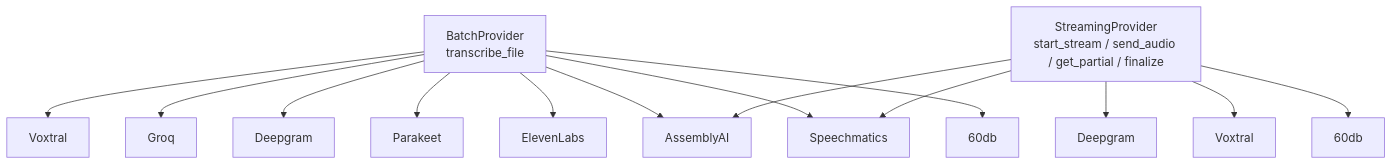
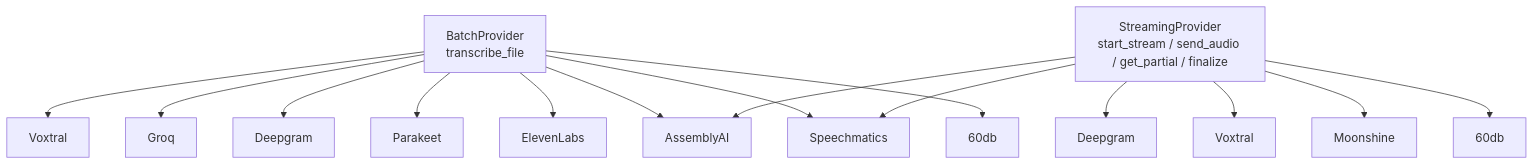
Before and after one commit to happytomatoe/fedora-speech-to-text: the third of 3 diagrams in docs/architecture.md, drawn with Mermaid. The commit also changed other lines of this file and 7 other files, not shown here.

````diff
--- a/docs/architecture.md
+++ b/docs/architecture.md
@@ -164,21 +164,22 @@
 ```mermaid
 graph TB
     BP[BatchProvider<br/>transcribe_file]
 
     BP --> Voxtral
     BP --> Groq
     BP --> Deepgram
     BP --> Parakeet
     BP --> ElevenLabs
     BP --> AssemblyAI
     BP --> Speechmatics
     BP --> 60db
 
     SP[StreamingProvider<br/>start_stream / send_audio / get_partial / finalize]
 
     SP --> DeepgramS[Deepgram]
     SP --> VoxtralS[Voxtral]
     SP --> AssemblyAI
     SP --> Speechmatics
+    SP --> Moonshine
     SP --> 60dbS[60db]
 ```
````
